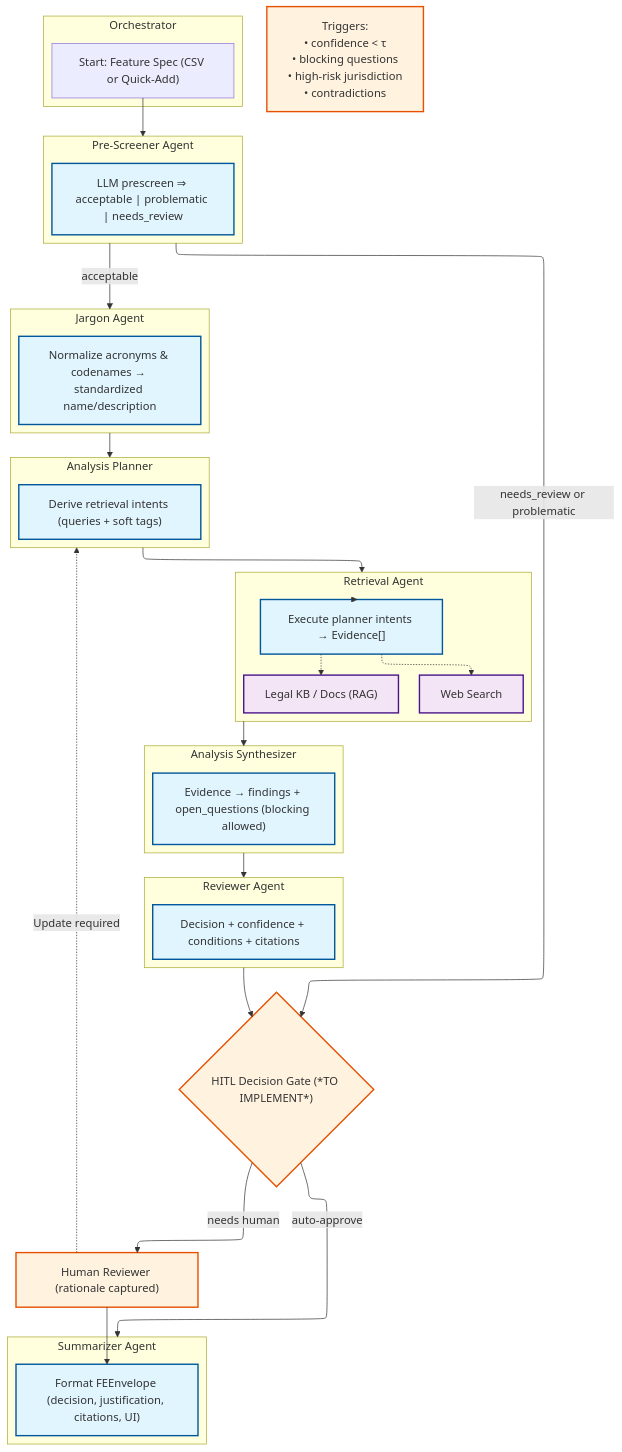
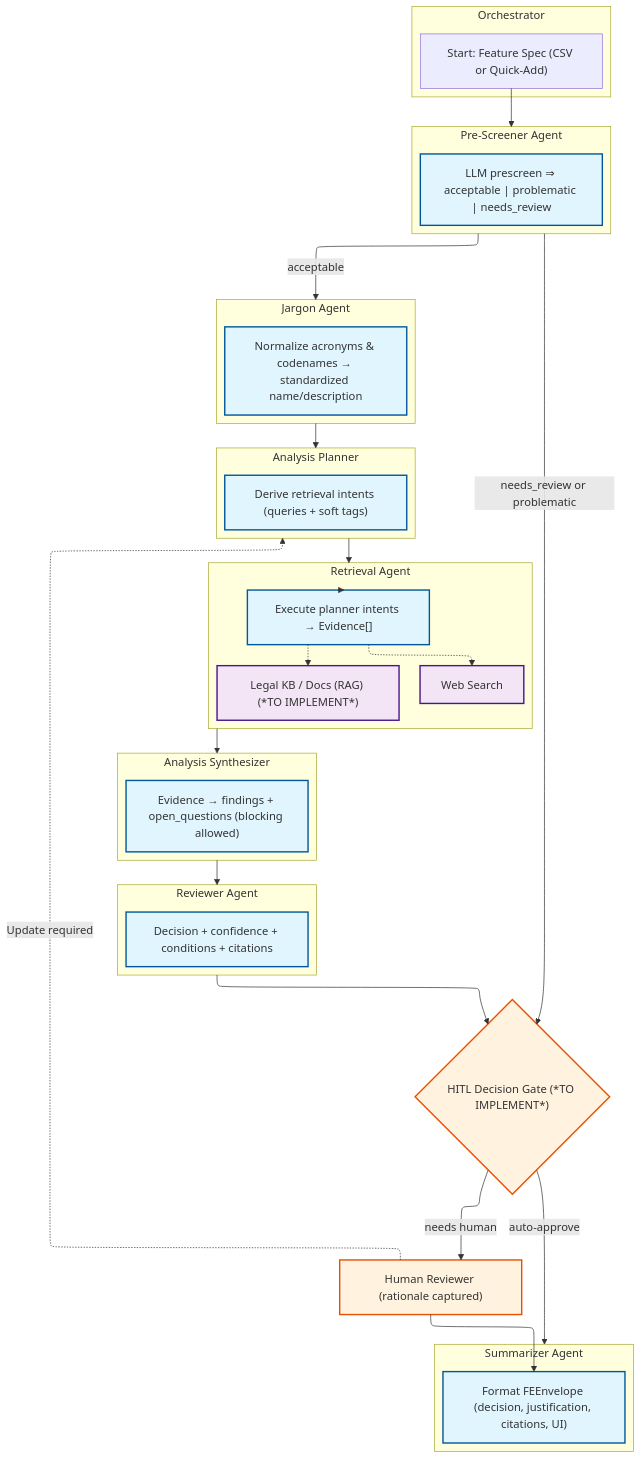
Before and after one commit to jdengoh/Geobit: the diagram in README.md, drawn with Mermaid. The commit also changed other lines of this file and 2 other files, not shown here.

````diff
--- a/README.md
+++ b/README.md
@@ -57,74 +74,73 @@
 ```mermaid
 ---
 config:
   layout: elk
 ---
 flowchart TD
   %% === ORCHESTRATION & ENTRY ===
   subgraph ORCH["Orchestrator"]
     O["Start: Feature Spec (CSV or Quick-Add)"]
   end
 
   subgraph PS["Pre-Screener Agent"]
     P["LLM prescreen ⇒ acceptable | problematic | needs_review"]
   end
 
   subgraph JN["Jargon Agent"]
     J["Normalize acronyms & codenames → standardized name/description"]
   end
 
   %% === ANALYSIS CORE ===
   subgraph AP["Analysis Planner"]
     PL["Derive retrieval intents (queries + soft tags)"]
   end
 
   subgraph RA["Retrieval Agent"]
     RET["Execute planner intents → Evidence[]"]
     K["Web Search"]
-    M["Legal KB / Docs (RAG)"]
+    M["Legal KB / Docs (RAG) (*TO IMPLEMENT*)"]
   end
 
   subgraph SYN["Analysis Synthesizer"]
     S1["Evidence → findings + open_questions (blocking allowed)"]
   end
 
   subgraph REV["Reviewer Agent"]
     Rv["Decision + confidence + conditions + citations"]
   end
 
   subgraph SUM["Summarizer Agent"]
     Su["Format FEEnvelope (decision, justification, citations, UI)"]
   end
 
   %% === HITL GATE & LOOP ===
   E{"HITL Decision Gate (*TO IMPLEMENT*)"}
-  N["Triggers:<br>• confidence < τ<br>• blocking questions<br>• high-risk jurisdiction<br>• contradictions"]
   H["Human Reviewer (rationale captured)"]
 
   %% --- Flows ---
   O --> PS
   PS -->|acceptable| JN
   PS -->|needs_review or problematic| E
 
   JN --> AP
   AP --> RA
   RA --> RET
   RET -.-> K & M
   RA --> SYN
   SYN --> REV
   REV --> E
 
   E -->|auto-approve| SUM
   E -->|needs human| H
   H --> Su
   H -. Update required .-> AP
 
   %% --- Styling & notes ---
   classDef agentStyle fill:#e1f5fe,stroke:#01579b,stroke-width:2px
   classDef serviceStyle fill:#f3e5f5,stroke:#4a148c,stroke-width:2px
   classDef hitlStyle fill:#fff3e0,stroke:#e65100,stroke-width:2px
 
   class P,J,PL,RET,S1,Rv,Su agentStyle
   class K,M serviceStyle
   class E,N,H hitlStyle
 ```
````
